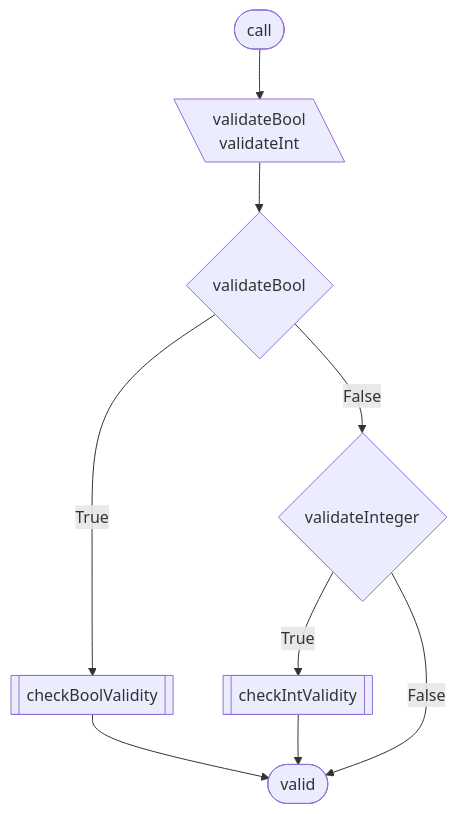
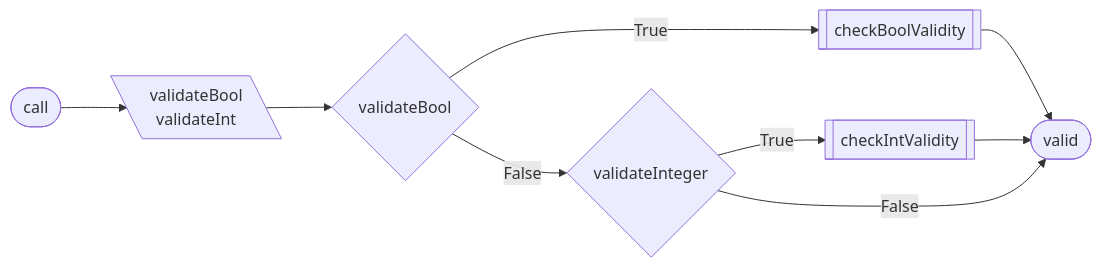
One commit to 7s4e/p3 changed the tenth of 26 diagrams in pyScripts/docs/console.md. Above: the diagram before and after it, drawn with Mermaid. The commit also changed other lines of this file and 7 other files, not shown here.

````diff
--- a/pyScripts/docs/console.md
+++ b/pyScripts/docs/console.md
@@ -199,19 +247,19 @@
 ```mermaid
-flowchart TB
+flowchart LR
     CALL([call])
         CALL --> RDBI
     RDBI[\validateBool
           validateInt\]
         RDBI --> VBOL
     VBOL{validateBool}
         VBOL -- True  --> CBOL
         VBOL -- False --> VINT
     VINT{validateInteger}
         VINT -- True  --> CINT
         VINT -- False --> RTRN
     CBOL[[checkBoolValidity]]
         CBOL --> RTRN
     CINT[[checkIntValidity]]
         CINT --> RTRN
     RTRN([valid])
 ```
````
